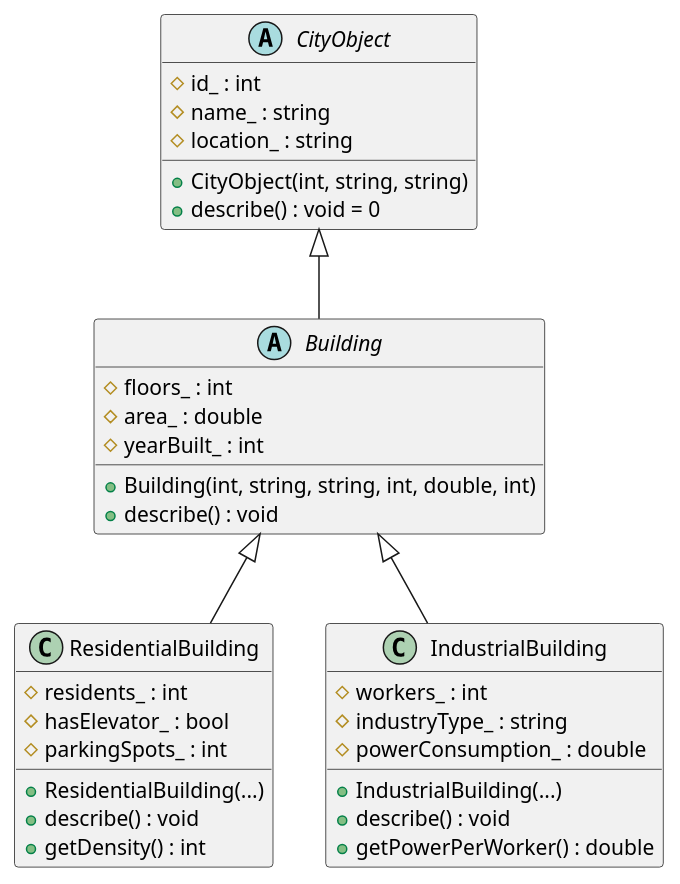
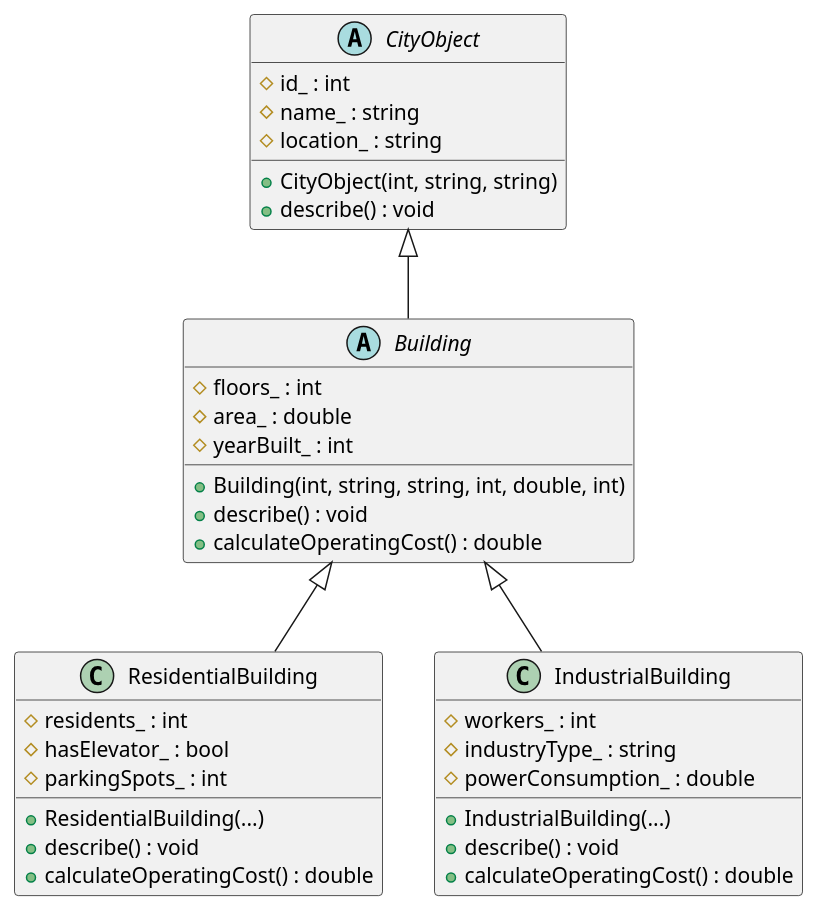
Before and after one commit to Illya-P-rgb/programming-part-2: the diagram in lab08/uml/Diagram.puml, drawn with PlantUML. The commit also changed 8 other files, not shown here.

```diff
--- a/lab08/uml/Diagram.puml
+++ b/lab08/uml/Diagram.puml
@@ -1,41 +1,42 @@
 @startuml UrbanInfrastructure
 
 abstract class CityObject {
     # id_ : int
     # name_ : string
     # location_ : string
     + CityObject(int, string, string)
-    + describe() : void = 0
+    + describe() : void
 }
 
 abstract class Building {
     # floors_ : int
     # area_ : double
     # yearBuilt_ : int
     + Building(int, string, string, int, double, int)
     + describe() : void
+    + calculateOperatingCost() : double
 }
 
 class ResidentialBuilding {
     # residents_ : int
     # hasElevator_ : bool
     # parkingSpots_ : int
     + ResidentialBuilding(...)
     + describe() : void
-    + getDensity() : int
+    + calculateOperatingCost() : double
 }
 
 class IndustrialBuilding {
     # workers_ : int
     # industryType_ : string
     # powerConsumption_ : double
     + IndustrialBuilding(...)
     + describe() : void
-    + getPowerPerWorker() : double
+    + calculateOperatingCost() : double
 }
 
 CityObject <|-- Building
 Building <|-- ResidentialBuilding
 Building <|-- IndustrialBuilding
 
 @enduml
```
